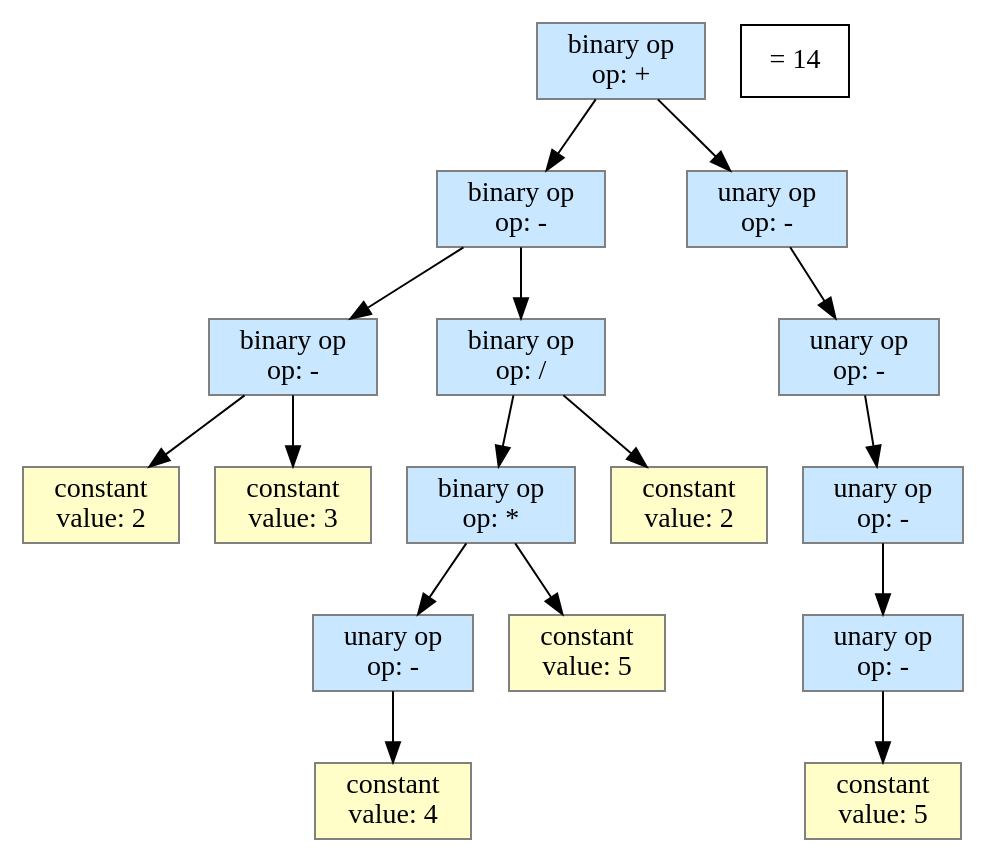
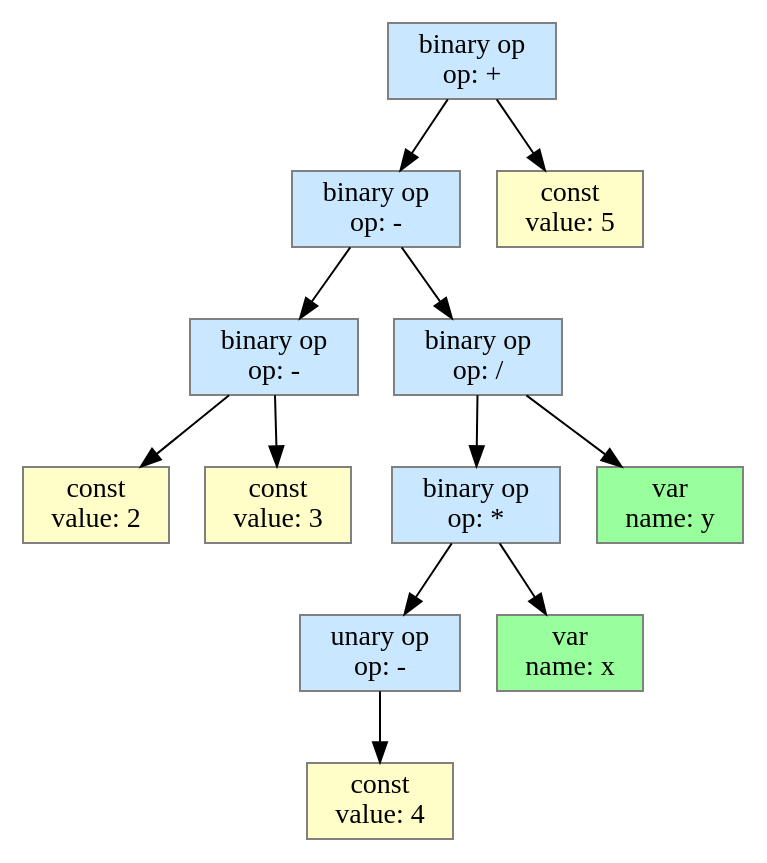
The diagram in samples/simple-expression.dot (viafanasyev/ast-builder), drawn with Graphviz before and after one commit. The commit also changed 10 other files, not shown here.

```diff
--- a/samples/simple-expression.dot
+++ b/samples/simple-expression.dot
@@ -1,50 +1,37 @@
 digraph AST {
 0 [label="binary op
 op: +", shape=box, style=filled, color="grey", fillcolor="#C9E7FF"];
 0->1
 1 [label="binary op
 op: -", shape=box, style=filled, color="grey", fillcolor="#C9E7FF"];
 1->2
 2 [label="binary op
 op: -", shape=box, style=filled, color="grey", fillcolor="#C9E7FF"];
 2->3
-3 [label="constant
+3 [label="const
 value: 2", shape=box, style=filled, color="grey", fillcolor="#FFFEC9"];
 2->4
-4 [label="constant
+4 [label="const
 value: 3", shape=box, style=filled, color="grey", fillcolor="#FFFEC9"];
 1->5
 5 [label="binary op
 op: /", shape=box, style=filled, color="grey", fillcolor="#C9E7FF"];
 5->6
 6 [label="binary op
 op: *", shape=box, style=filled, color="grey", fillcolor="#C9E7FF"];
 6->7
 7 [label="unary op
 op: -", shape=box, style=filled, color="grey", fillcolor="#C9E7FF"];
 7->8
-8 [label="constant
+8 [label="const
 value: 4", shape=box, style=filled, color="grey", fillcolor="#FFFEC9"];
 6->9
-9 [label="constant
+9 [label="var
+name: x", shape=box, style=filled, color="grey", fillcolor="#99FF9D"];
+5->10
+10 [label="var
+name: y", shape=box, style=filled, color="grey", fillcolor="#99FF9D"];
+0->11
+11 [label="const
 value: 5", shape=box, style=filled, color="grey", fillcolor="#FFFEC9"];
-5->10
-10 [label="constant
-value: 2", shape=box, style=filled, color="grey", fillcolor="#FFFEC9"];
-0->11
-11 [label="unary op
-op: -", shape=box, style=filled, color="grey", fillcolor="#C9E7FF"];
-11->12
-12 [label="unary op
-op: -", shape=box, style=filled, color="grey", fillcolor="#C9E7FF"];
-12->13
-13 [label="unary op
-op: -", shape=box, style=filled, color="grey", fillcolor="#C9E7FF"];
-13->14
-14 [label="unary op
-op: -", shape=box, style=filled, color="grey", fillcolor="#C9E7FF"];
-14->15
-15 [label="constant
-value: 5", shape=box, style=filled, color="grey", fillcolor="#FFFEC9"];
-"= 14" [shape=box];
 }
```
